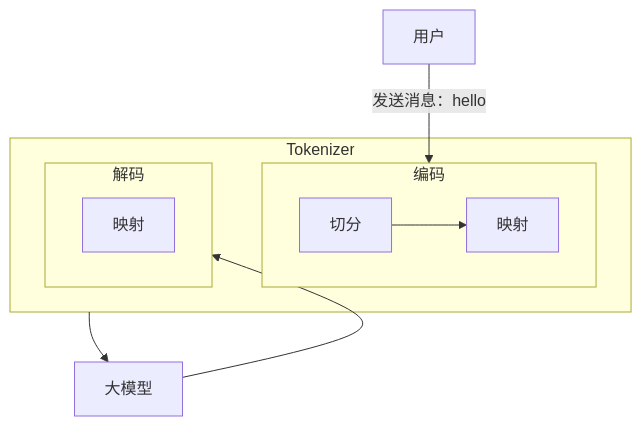
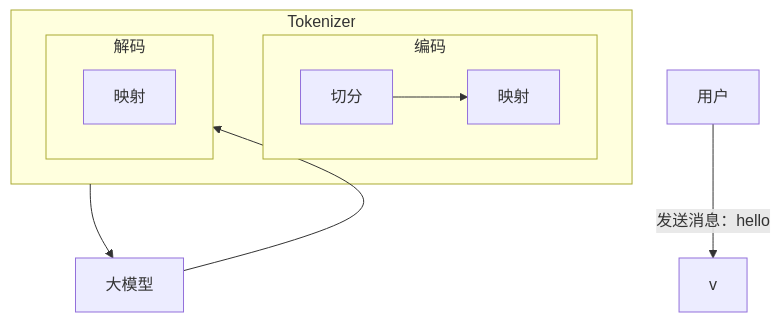
One commit to wangxiaoqi0123/iodraw-files changed the diagram in all/未命名.md. Above: the diagram before and after it, drawn with Mermaid.

Commit message:
2026-04-09 17:00:45 update

````diff
--- a/all/未命名.md
+++ b/all/未命名.md
@@ -1,28 +1,28 @@
 ```mermaid
 flowchart 
     U[用户]
     M[大模型]
 
     %% 外层包裹：文本处理阶段
     subgraph Pipeline[Tokenizer]
         
         %% 编码模块
         subgraph Encoder[编码]
             E1[切分]
             E2[映射]
         end
 
         %% 解码模块
         subgraph Decoder[解码]
             D1[映射]
         end
 
     end
 
     %% 流程连接
-    U -- 发送消息：hello --> Encoder
+    U -- 发送消息：hello -->  v
     E1 --> E2
     Pipeline --> M
     M --> Decoder
 
 ```
````
